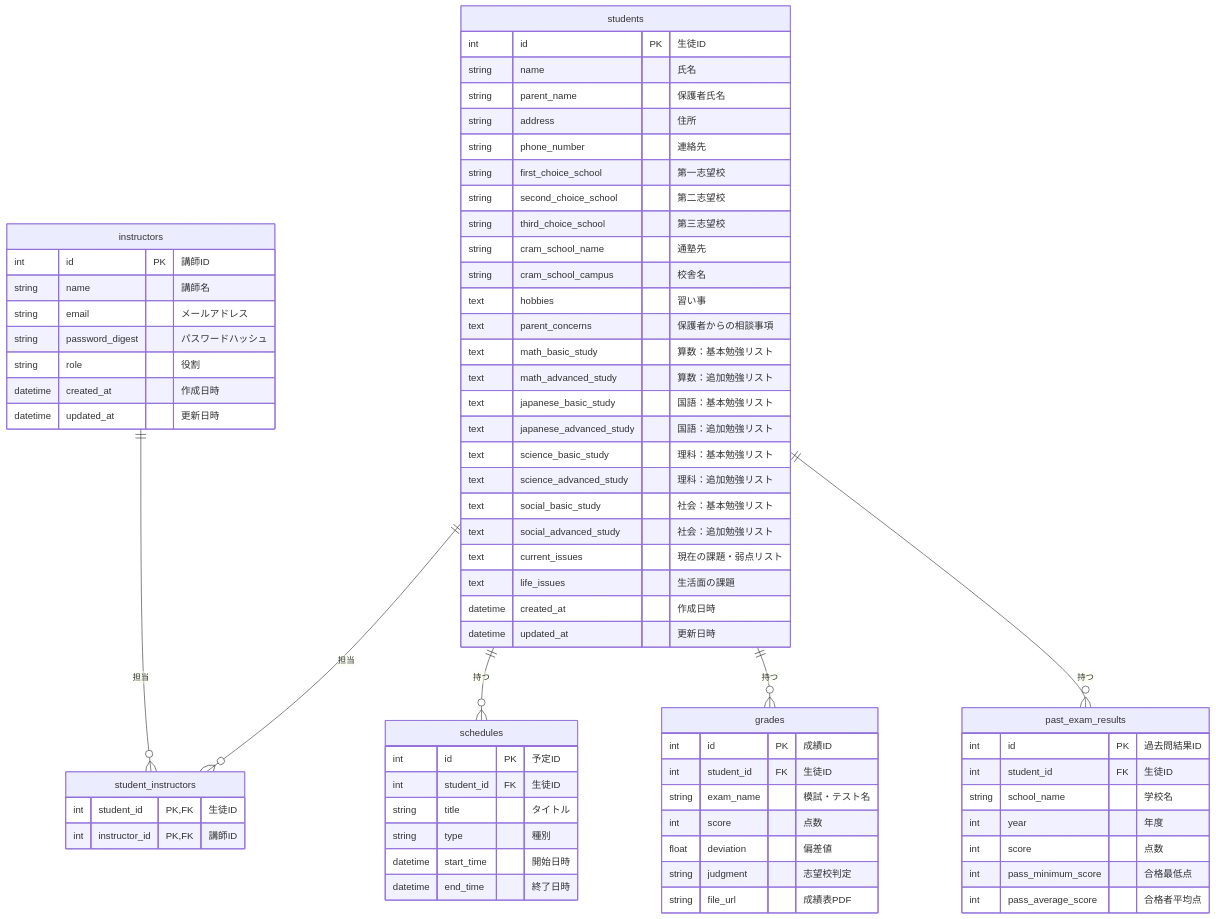
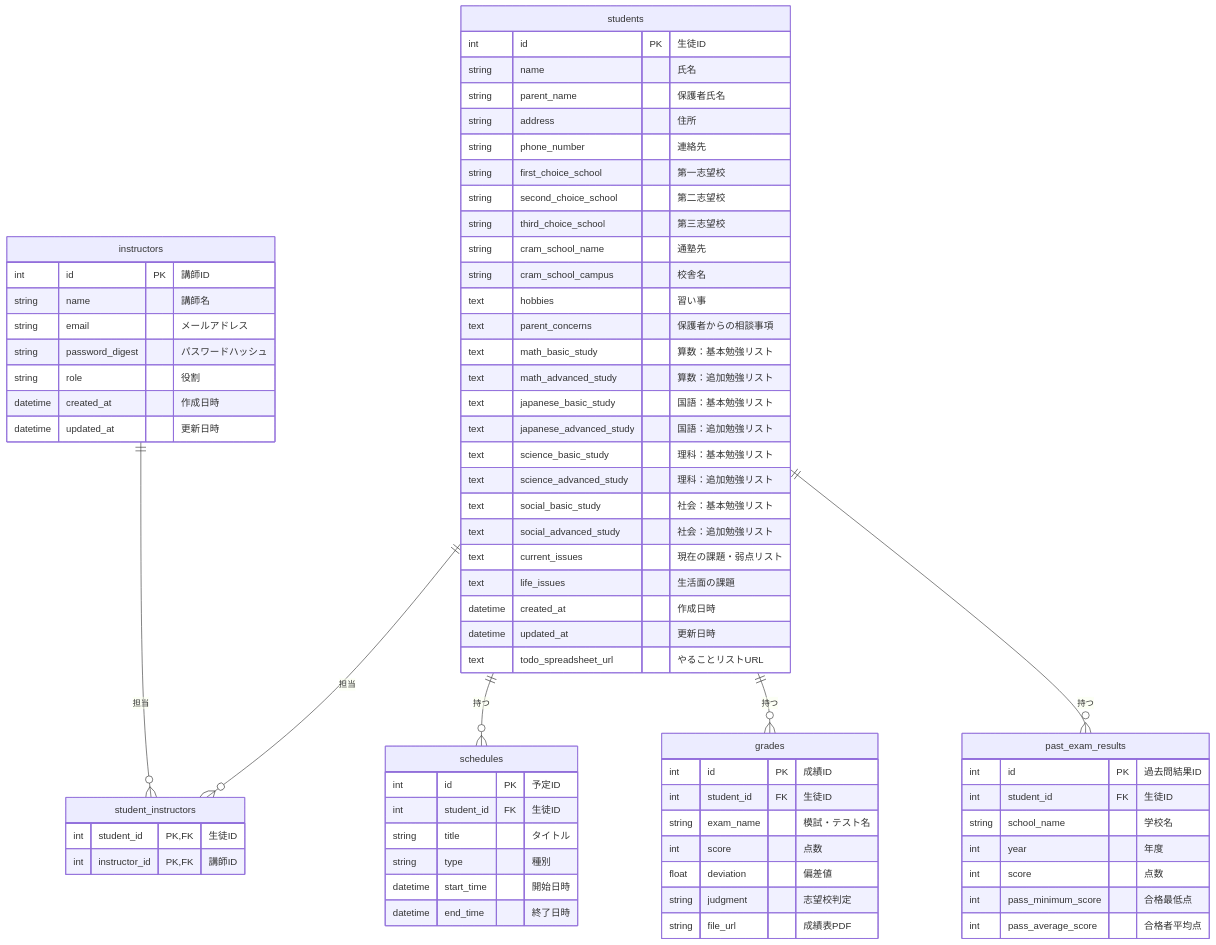
Before and after one commit to itsuki2003/TodaiBansou_StuDashboard: the diagram in docs/architecture/db_schema.md, drawn with Mermaid. The commit also changed 2 other files, not shown here.

Commit message:
docs: Add state management strategy

````diff
--- a/docs/architecture/db_schema.md
+++ b/docs/architecture/db_schema.md
@@ -5,80 +5,81 @@
 ```mermaid
 erDiagram
     instructors {
         int id PK "講師ID"
         string name "講師名"
         string email "メールアドレス"
         string password_digest "パスワードハッシュ"
         string role "役割"
         datetime created_at "作成日時"
         datetime updated_at "更新日時"
     }
 
     students {
         int id PK "生徒ID"
         string name "氏名"
         string parent_name "保護者氏名"
         string address "住所"
         string phone_number "連絡先"
         string first_choice_school "第一志望校"
         string second_choice_school "第二志望校"
         string third_choice_school "第三志望校"
         string cram_school_name "通塾先"
         string cram_school_campus "校舎名"
         text hobbies "習い事"
         text parent_concerns "保護者からの相談事項"
         text math_basic_study "算数：基本勉強リスト"
         text math_advanced_study "算数：追加勉強リスト"
         text japanese_basic_study "国語：基本勉強リスト"
         text japanese_advanced_study "国語：追加勉強リスト"
         text science_basic_study "理科：基本勉強リスト"
         text science_advanced_study "理科：追加勉強リスト"
         text social_basic_study "社会：基本勉強リスト"
         text social_advanced_study "社会：追加勉強リスト"
         text current_issues "現在の課題・弱点リスト"
         text life_issues "生活面の課題"
         datetime created_at "作成日時"
         datetime updated_at "更新日時"
+        text todo_spreadsheet_url "やることリストURL"
     }
 
     schedules {
         int id PK "予定ID"
         int student_id FK "生徒ID"
         string title "タイトル"
         string type "種別"
         datetime start_time "開始日時"
         datetime end_time "終了日時"
     }
 
     grades {
         int id PK "成績ID"
         int student_id FK "生徒ID"
         string exam_name "模試・テスト名"
         int score "点数"
         float deviation "偏差値"
         string judgment "志望校判定"
         string file_url "成績表PDF"
     }
 
     past_exam_results {
         int id PK "過去問結果ID"
         int student_id FK "生徒ID"
         string school_name "学校名"
         int year "年度"
         int score "点数"
         int pass_minimum_score "合格最低点"
         int pass_average_score "合格者平均点"
     }
 
     instructors ||--o{ student_instructors : "担当"
     students ||--o{ student_instructors : "担当"
     students ||--o{ schedules : "持つ"
     students ||--o{ grades : "持つ"
     students ||--o{ past_exam_results : "持つ"
 
     student_instructors {
         int student_id PK, FK "生徒ID"
         int instructor_id PK, FK "講師ID"
     }
 
 ```
````
